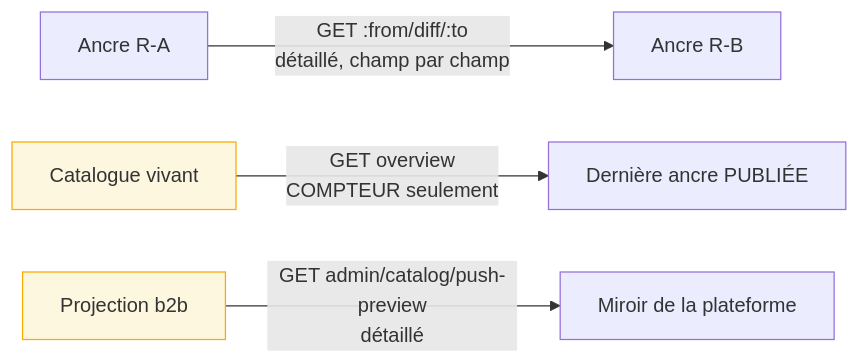
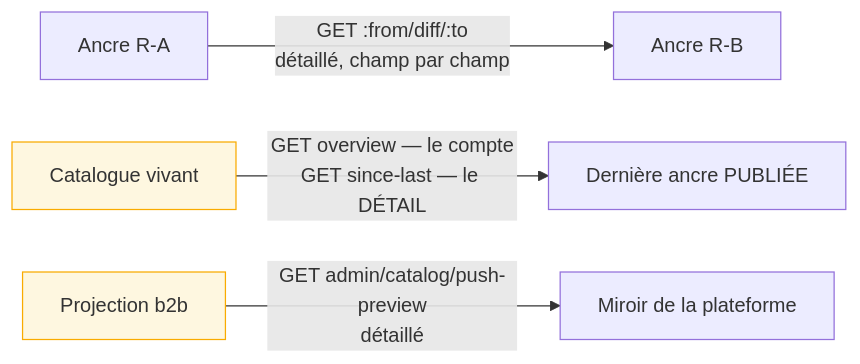
Before and after one commit to hugoheynard/lfd: the third of 3 diagrams in documentation/pim/mecanique-revisions-catalogue.md, drawn with Mermaid. The commit also changed other lines of this file, not shown here.

````diff
--- a/documentation/pim/mecanique-revisions-catalogue.md
+++ b/documentation/pim/mecanique-revisions-catalogue.md
@@ -146,9 +146,9 @@
 ```mermaid
 flowchart LR
     A["Ancre R-A"] -- "GET :from/diff/:to<br/>détaillé, champ par champ" --> B["Ancre R-B"]
-    C["Catalogue vivant"] -- "GET overview<br/>COMPTEUR seulement" --> D["Dernière ancre PUBLIÉE"]
+    C["Catalogue vivant"] -- "GET overview — le compte<br/>GET since-last — le DÉTAIL" --> D["Dernière ancre PUBLIÉE"]
     E["Projection b2b"] -- "GET admin/catalog/push-preview<br/>détaillé" --> F["Miroir de la plateforme"]
 
     style C fill:#fef7e0,stroke:#f9ab00
     style E fill:#fef7e0,stroke:#f9ab00
 ```
````
